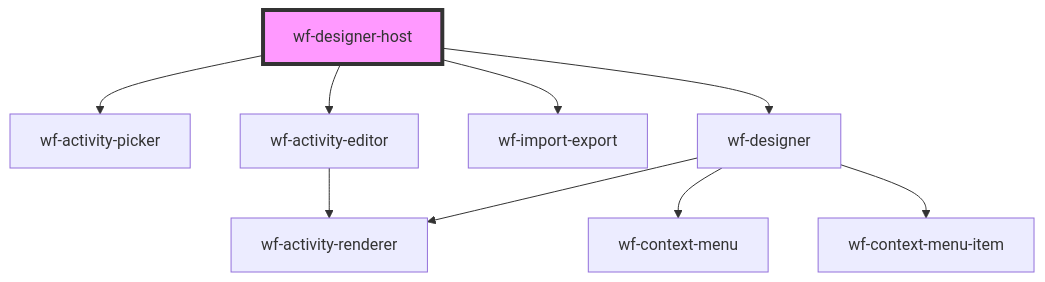
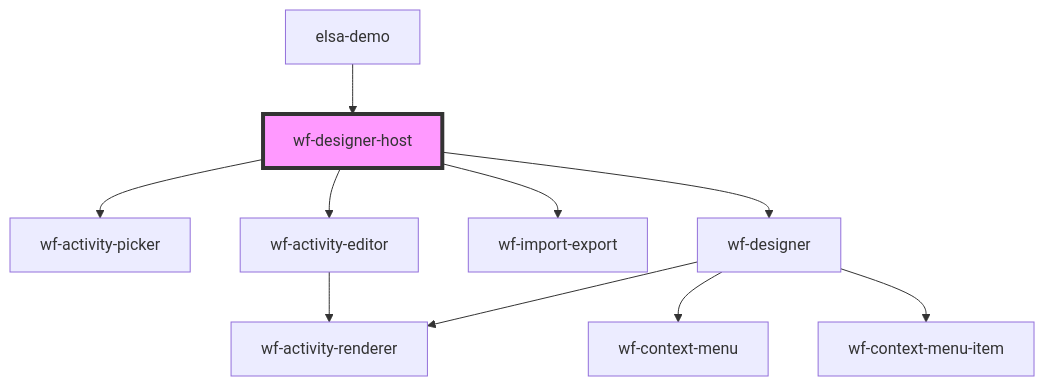
The diagram in src/components/workflow-designer/designer-host/readme.md (Hungerarray/karyaflow-designer), drawn with Mermaid before and after one commit. The commit also changed other lines of this file and 3 other files, not shown here.

````diff
--- a/src/components/workflow-designer/designer-host/readme.md
+++ b/src/components/workflow-designer/designer-host/readme.md
@@ -90,12 +94,13 @@
 ```mermaid
 graph TD;
   wf-designer-host --> wf-activity-picker
   wf-designer-host --> wf-activity-editor
   wf-designer-host --> wf-import-export
   wf-designer-host --> wf-designer
   wf-activity-editor --> wf-activity-renderer
   wf-designer --> wf-context-menu
   wf-designer --> wf-context-menu-item
   wf-designer --> wf-activity-renderer
+  elsa-demo --> wf-designer-host
   style wf-designer-host fill:#f9f,stroke:#333,stroke-width:4px
 ```
````
